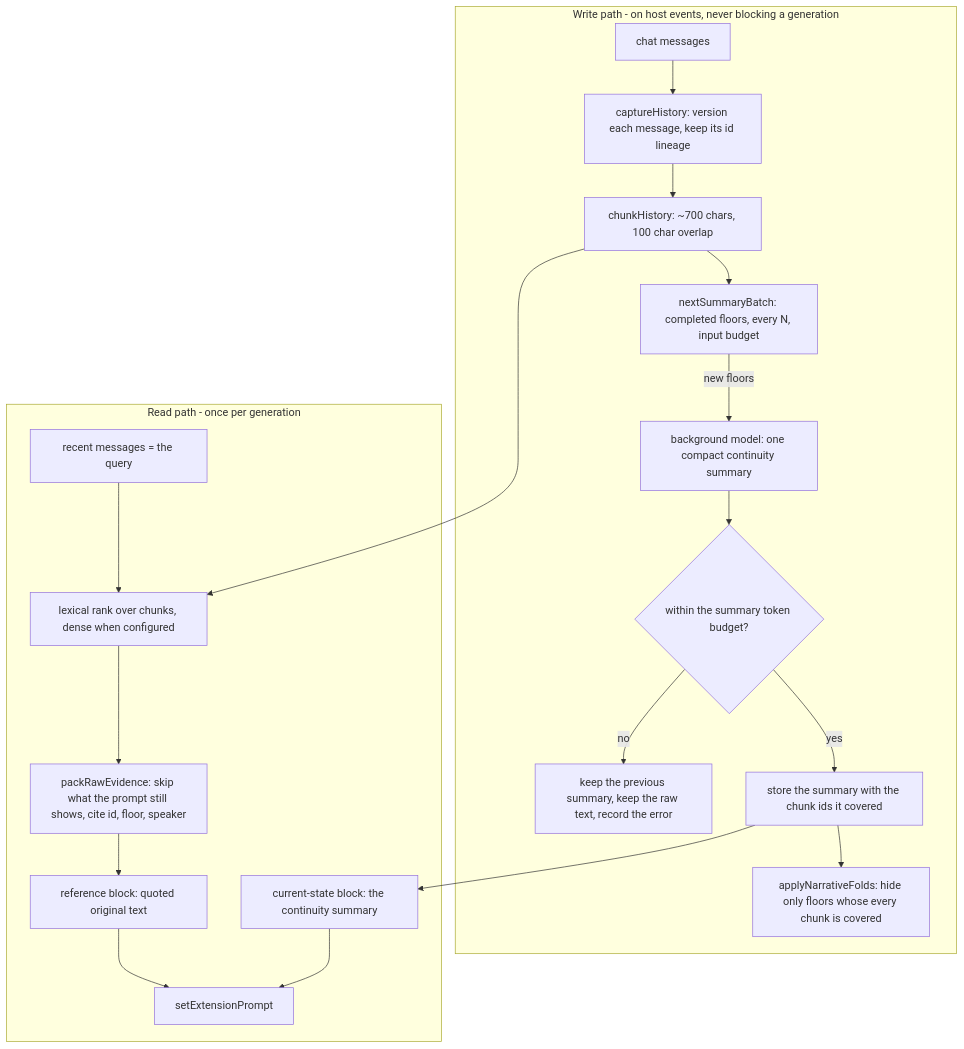
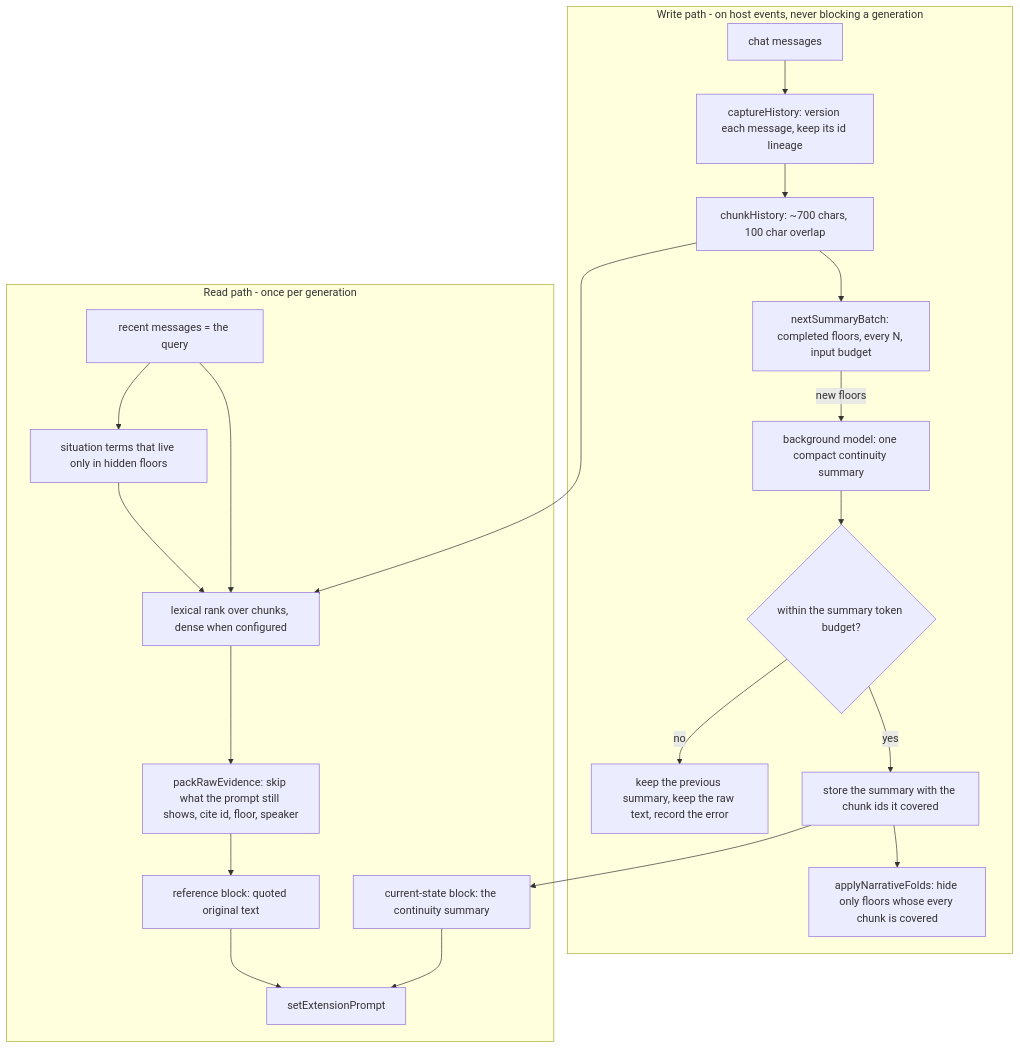
One commit to Icey0111/Memory-plugin changed the diagram in dev_docs/01_architecture.md. Above: the diagram before and after it, drawn with Mermaid. The commit also changed other lines of this file and 5 other files, not shown here.

````diff
--- a/dev_docs/01_architecture.md
+++ b/dev_docs/01_architecture.md
@@ -18,22 +18,24 @@
 ```mermaid
 flowchart TD
     subgraph W[Write path - on host events, never blocking a generation]
         R[chat messages] --> C[captureHistory: version each message, keep its id lineage]
         C --> K[chunkHistory: ~700 chars, 100 char overlap]
         K --> B[nextSummaryBatch: completed floors, every N, input budget]
         B -->|new floors| S[background model: one compact continuity summary]
         S --> V{within the summary token budget?}
         V -->|no| E[keep the previous summary, keep the raw text, record the error]
         V -->|yes| A[store the summary with the chunk ids it covered]
         A --> D[applyNarrativeFolds: hide only floors whose every chunk is covered]
     end
     subgraph G[Read path - once per generation]
         Q[recent messages = the query] --> L[lexical rank over chunks, dense when configured]
+        Q --> N[situation terms that live only in hidden floors]
+        N --> L
         K --> L
         L --> P[packRawEvidence: skip what the prompt still shows, cite id, floor, speaker]
         A --> Y[current-state block: the continuity summary]
         P --> X[reference block: quoted original text]
         Y --> I[setExtensionPrompt]
         X --> I
     end
 ```
````
